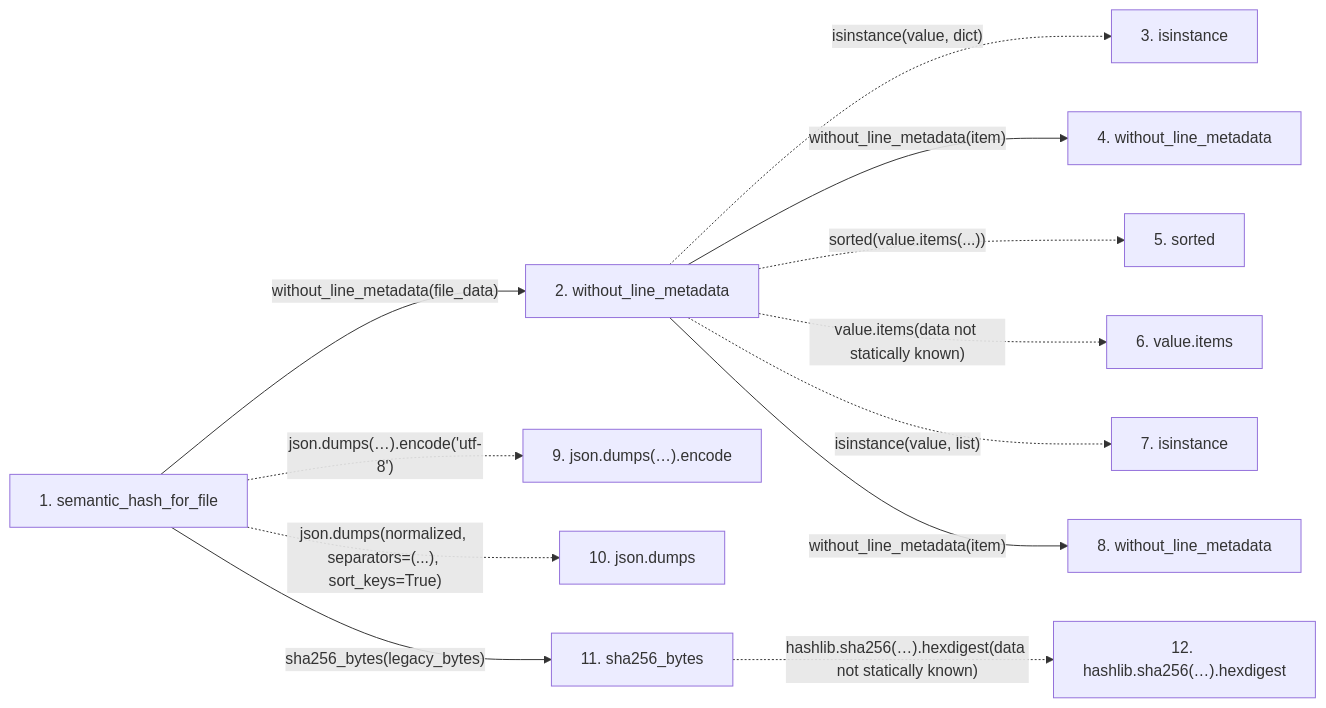
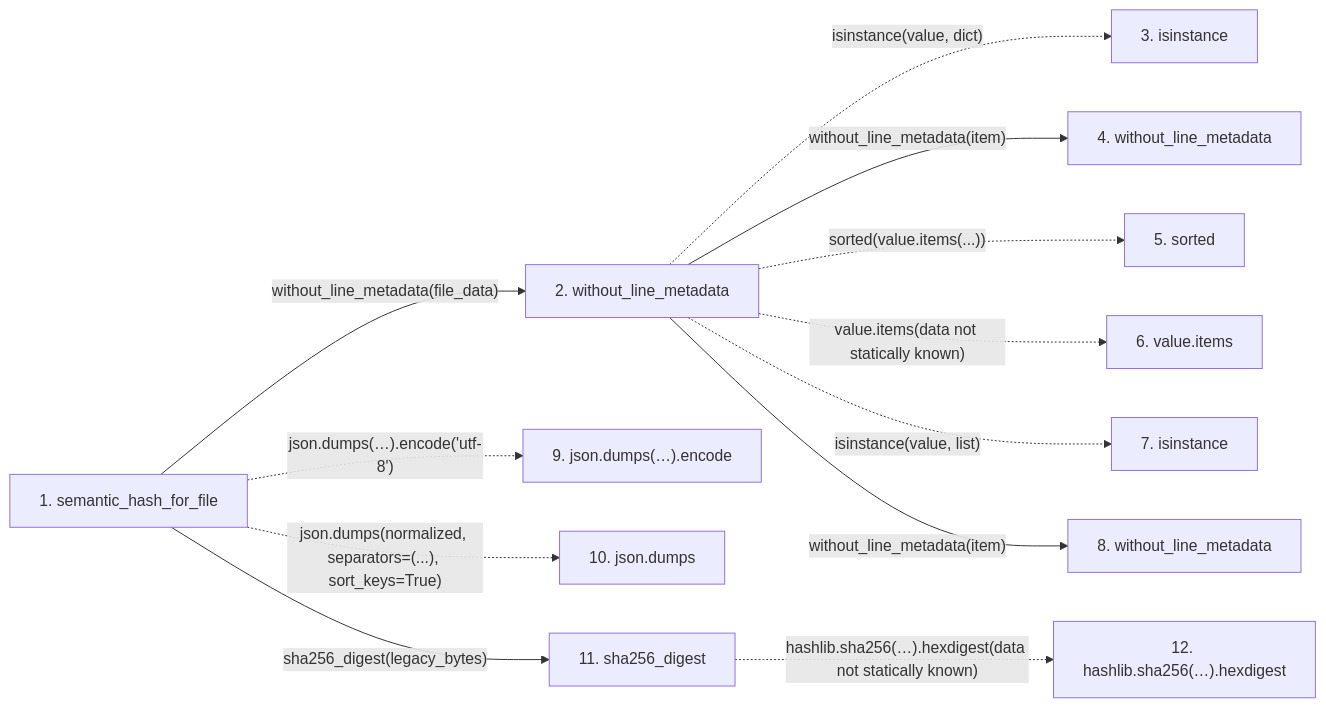
Before and after one commit to Denissvgn/python-wiki-llm: the second of 2 diagrams in docs/llm_wiki/flows/api-semantic_hash_for_file.md, drawn with Mermaid. The commit also changed other lines of this file and 1555 other files, not shown here.

````diff
--- a/docs/llm_wiki/flows/api-semantic_hash_for_file.md
+++ b/docs/llm_wiki/flows/api-semantic_hash_for_file.md
@@ -55,31 +55,31 @@
 ```mermaid
 flowchart LR
     s1["1. semantic_hash_for_file"]
     s2["2. without_line_metadata"]
     s3["3. isinstance"]
     s4["4. without_line_metadata"]
     s5["5. sorted"]
     s6["6. value.items"]
     s7["7. isinstance"]
     s8["8. without_line_metadata"]
     s9["9. json.dumps(…).encode"]
     s10["10. json.dumps"]
-    s11["11. sha256_bytes"]
+    s11["11. sha256_digest"]
     s12["12. hashlib.sha256(…).hexdigest"]
     s1 -->|"without_line_metadata(file_data)"| s2
     s2 -. "isinstance(value, dict)" .-> s3
     s2 -->|"without_line_metadata(item)"| s4
     s2 -. "sorted(value.items(...))" .-> s5
     s2 -. "value.items(data not statically known)" .-> s6
     s2 -. "isinstance(value, list)" .-> s7
     s2 -->|"without_line_metadata(item)"| s8
     s1 -. "json.dumps(…).encode('utf-8')" .-> s9
     s1 -. "json.dumps(normalized, separators=(...), sort_keys=True)" .-> s10
-    s1 -->|"sha256_bytes(legacy_bytes)"| s11
+    s1 -->|"sha256_digest(legacy_bytes)"| s11
     s11 -. "hashlib.sha256(…).hexdigest(data not statically known)" .-> s12
     click s1 "../modules/knowledge_evidence.md"
     click s2 "../modules/knowledge_evidence.md"
     click s4 "../modules/knowledge_evidence.md"
     click s8 "../modules/knowledge_evidence.md"
-    click s11 "../modules/knowledge_evidence.md"
+    click s11 "../modules/canonical_json.md"
 ```
````
